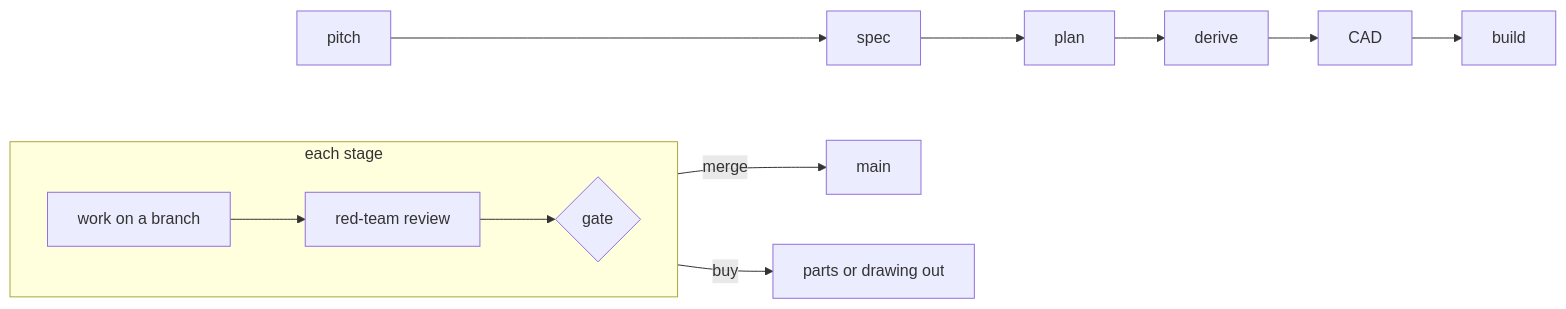
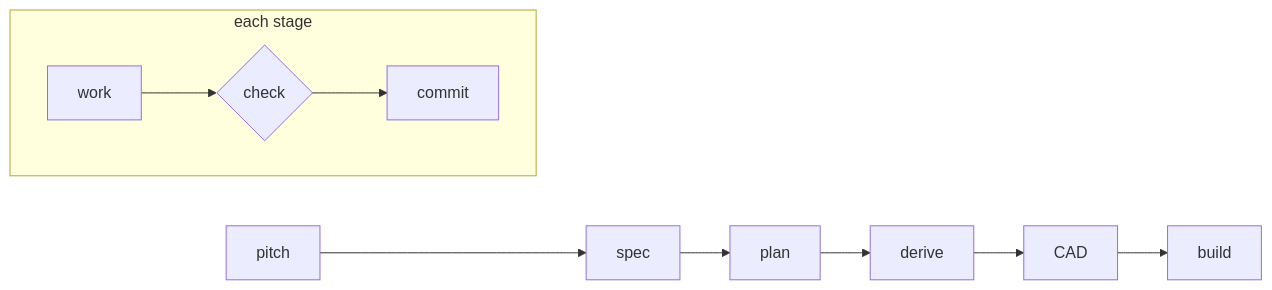
One commit to rioharper/armature changed the first of 2 diagrams in README.md. Above: the diagram before and after it, drawn with Mermaid. The commit also changed other lines of this file and 57 other files, not shown here.

````diff
--- a/README.md
+++ b/README.md
@@ -7,10 +7,8 @@
 ```mermaid
 flowchart LR
   pitch --> spec --> plan --> derive --> cad[CAD] --> build
   subgraph stage [each stage]
     direction LR
-    branch[work on a branch] --> review[red-team review] --> gate{gate}
+    work[work] --> check{check} --> commit[commit]
   end
-  gate -- merge --> main
-  gate -- buy --> order[parts or drawing out]
 ```
````
